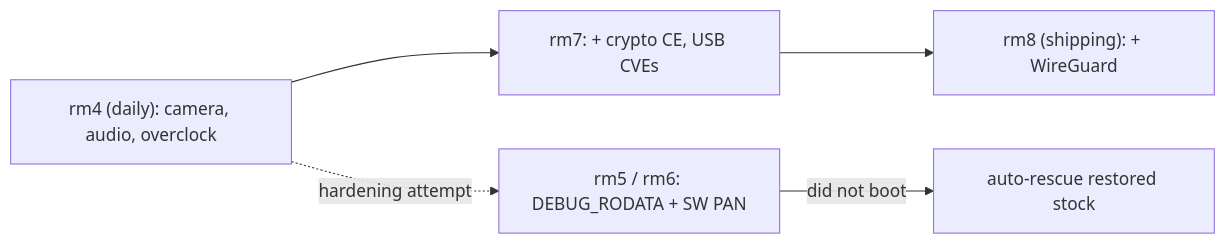
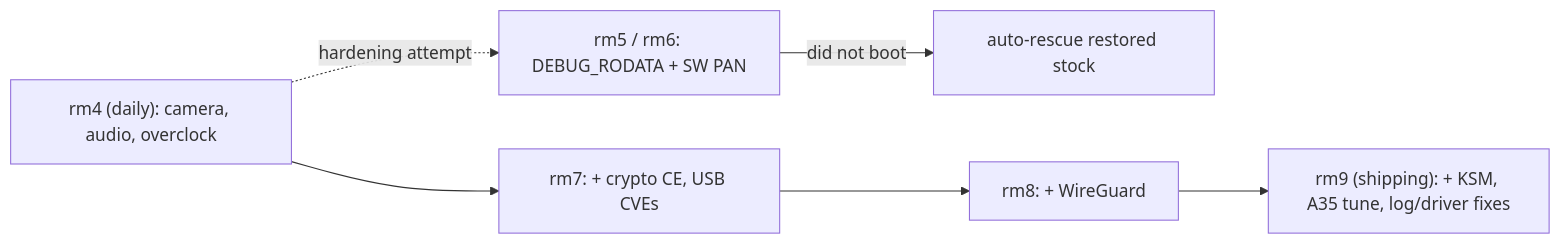
Before and after one commit to milouk/mls-maic: the first of 2 diagrams in README.md, drawn with Mermaid. The commit also changed other lines of this file and 5 other files, not shown here.

First line of the commit message:
kernel: rm9 — KSM, A35 tuning, camera/charger/panel fixes; workflow releases the kernel

````diff
--- a/README.md
+++ b/README.md
@@ -115,7 +123,8 @@
 ```mermaid
 flowchart LR
     rm4["rm4 (daily): camera, audio, overclock"] --> rm7["rm7: + crypto CE, USB CVEs"]
     rm4 -.->|hardening attempt| rm56["rm5 / rm6: DEBUG_RODATA + SW PAN"]
     rm56 -->|"did not boot"| rescue["auto-rescue restored stock"]
-    rm7 --> rm8["rm8 (shipping): + WireGuard"]
+    rm7 --> rm8["rm8: + WireGuard"]
+    rm8 --> rm9["rm9 (shipping): + KSM, A35 tune, log/driver fixes"]
 ```
````
